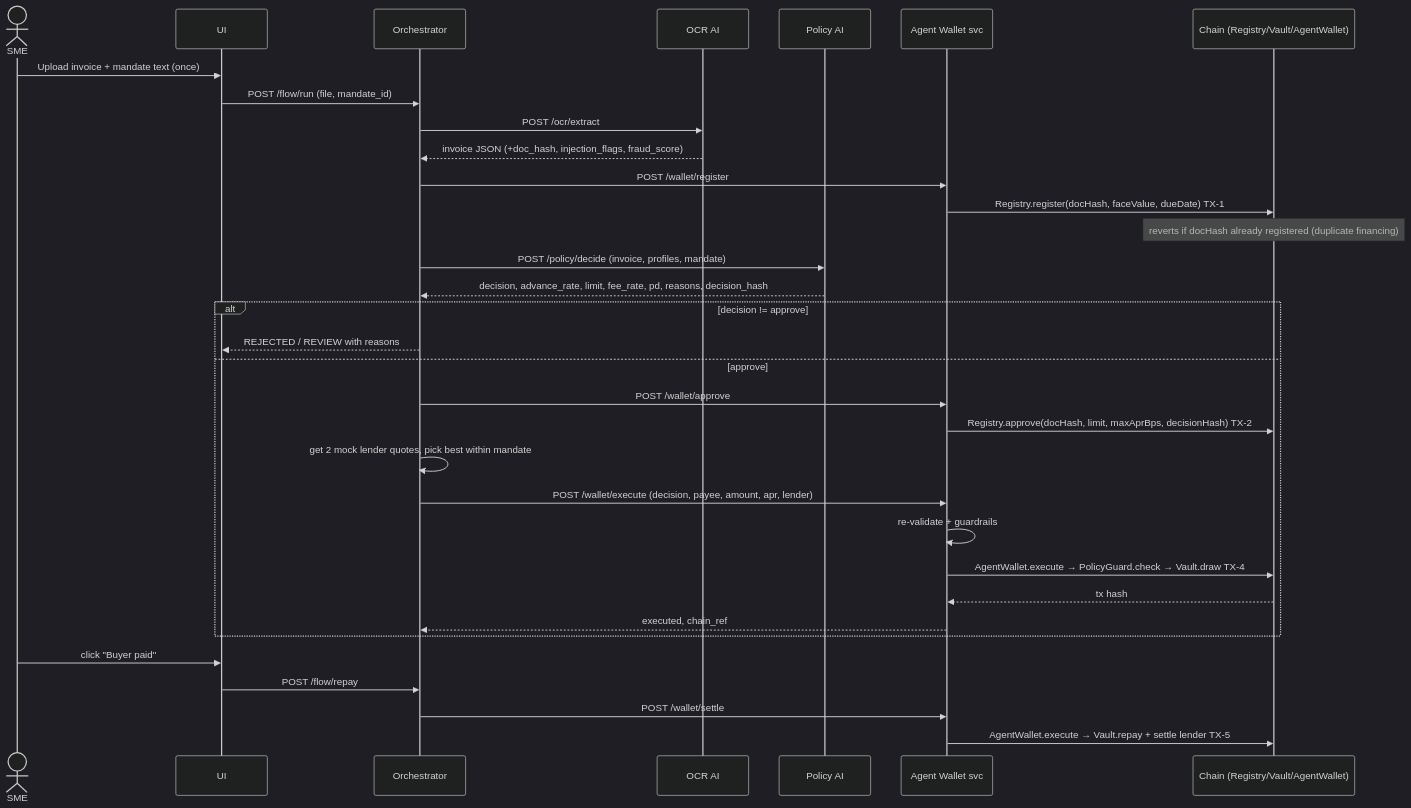
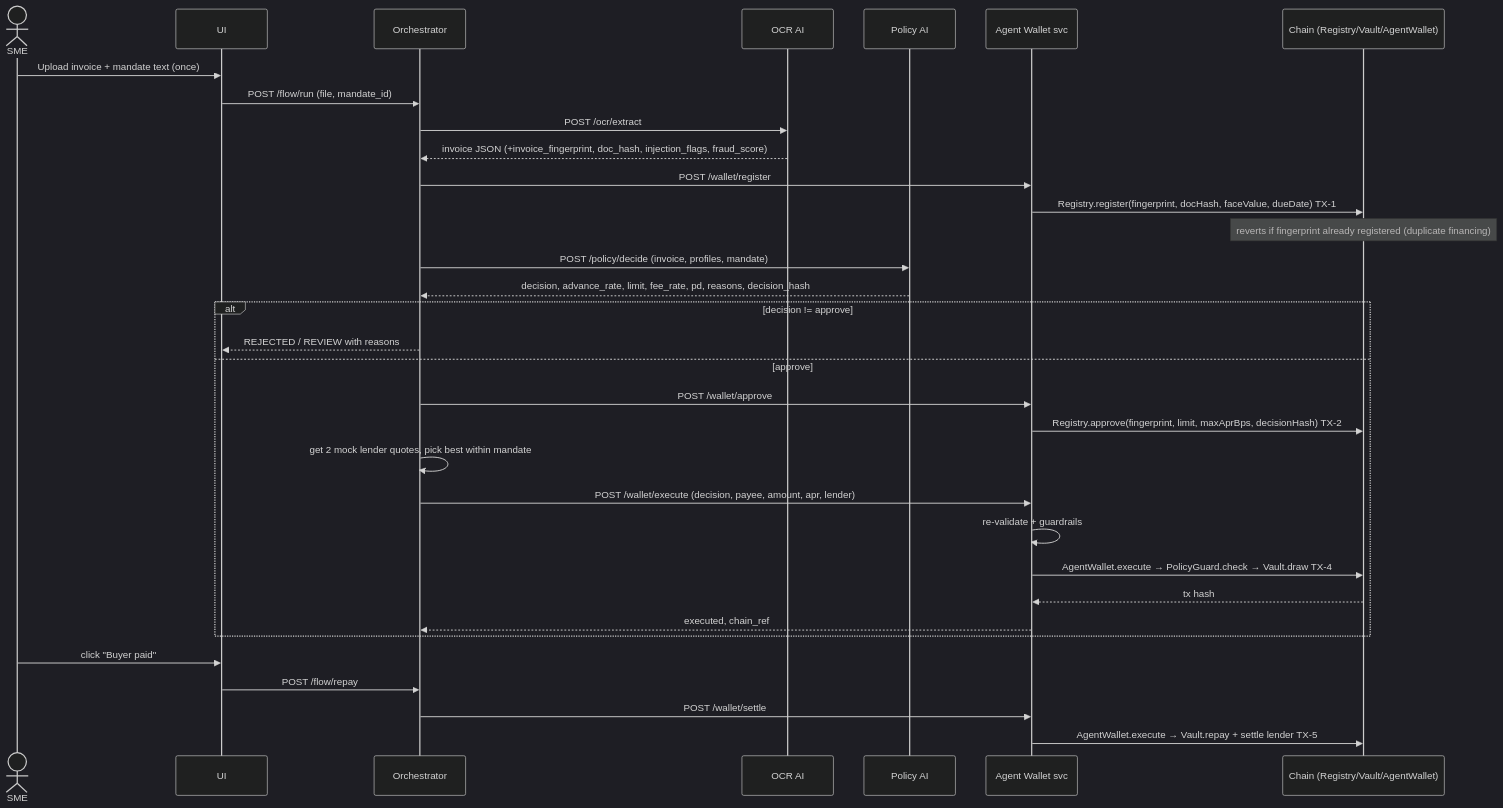
Before and after one commit to Khawpuneiei/ReceivableOS: the second of 2 diagrams in docs/01-architecture.md, drawn with Mermaid (dark theme). The commit also changed other lines of this file, not shown here.

First line of the commit message:
docs(architecture): key registry on invoice_fingerprint, align OCR contract and demo IDs

````diff
--- a/docs/01-architecture.md
+++ b/docs/01-architecture.md
@@ -145,36 +145,36 @@
 ```mermaid
 sequenceDiagram
     actor SME
     participant UI
     participant ORC as Orchestrator
     participant OCR as OCR AI
     participant POL as Policy AI
     participant WAL as Agent Wallet svc
     participant CH as Chain (Registry/Vault/AgentWallet)
 
     SME->>UI: Upload invoice + mandate text (once)
     UI->>ORC: POST /flow/run (file, mandate_id)
     ORC->>OCR: POST /ocr/extract
-    OCR-->>ORC: invoice JSON (+doc_hash, injection_flags, fraud_score)
+    OCR-->>ORC: invoice JSON (+invoice_fingerprint, doc_hash, injection_flags, fraud_score)
     ORC->>WAL: POST /wallet/register
-    WAL->>CH: Registry.register(docHash, faceValue, dueDate)  TX-1
-    Note over CH: reverts if docHash already registered (duplicate financing)
+    WAL->>CH: Registry.register(fingerprint, docHash, faceValue, dueDate)  TX-1
+    Note over CH: reverts if fingerprint already registered (duplicate financing)
     ORC->>POL: POST /policy/decide (invoice, profiles, mandate)
     POL-->>ORC: decision, advance_rate, limit, fee_rate, pd, reasons, decision_hash
     alt decision != approve
         ORC-->>UI: REJECTED / REVIEW with reasons
     else approve
         ORC->>WAL: POST /wallet/approve
-        WAL->>CH: Registry.approve(docHash, limit, maxAprBps, decisionHash)  TX-2
+        WAL->>CH: Registry.approve(fingerprint, limit, maxAprBps, decisionHash)  TX-2
         ORC->>ORC: get 2 mock lender quotes, pick best within mandate
         ORC->>WAL: POST /wallet/execute (decision, payee, amount, apr, lender)
         WAL->>WAL: re-validate + guardrails
         WAL->>CH: AgentWallet.execute → PolicyGuard.check → Vault.draw  TX-4
         CH-->>WAL: tx hash
         WAL-->>ORC: executed, chain_ref
     end
     SME->>UI: click "Buyer paid"
     UI->>ORC: POST /flow/repay
     ORC->>WAL: POST /wallet/settle
     WAL->>CH: AgentWallet.execute → Vault.repay + settle lender  TX-5
 ```
````
